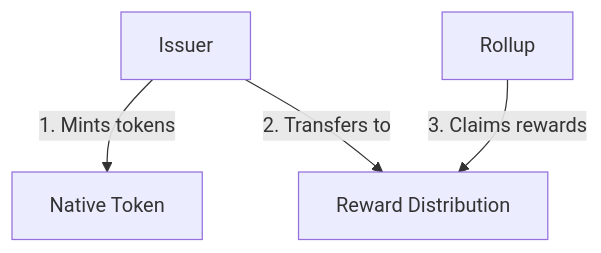
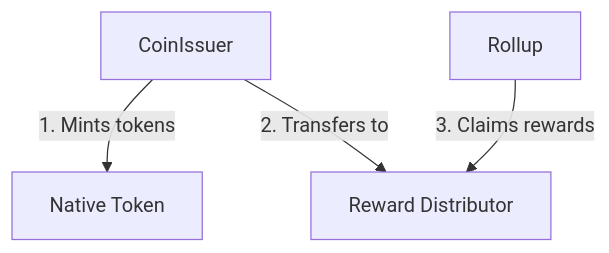
The diagram in docs/docs-network/concepts/proof-of-stake/index.md (aztec-labs-eng/aztec-node), drawn with Mermaid before and after one commit. The commit also changed other lines of this file and 7 other files, not shown here.

````diff
--- a/docs/docs-network/concepts/proof-of-stake/index.md
+++ b/docs/docs-network/concepts/proof-of-stake/index.md
@@ -74,6 +72,6 @@
 ```mermaid
 flowchart TD
-    Issuer -->|1. Mints tokens| Token[Native Token]
-    Issuer -->|2. Transfers to| Distribution[Reward Distribution]
-    Rollup -->|3. Claims rewards| Distribution
+    CoinIssuer -->|1. Mints tokens| Token[Native Token]
+    CoinIssuer -->|2. Transfers to| RewardDistributor[Reward Distributor]
+    Rollup -->|3. Claims rewards| RewardDistributor
 ```
````
